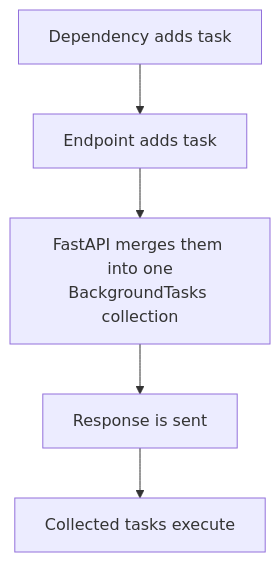
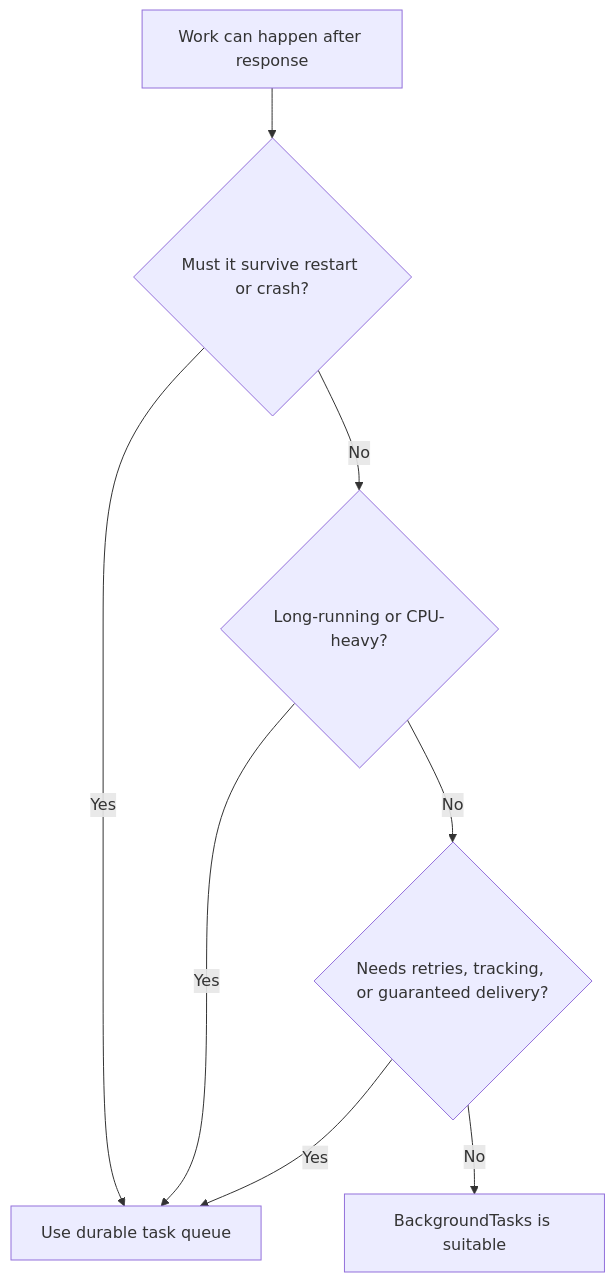
One commit to AvadhBhalodiya/Interview-Preparation changed the third of 4 diagrams in src/content/fastapi/background-tasks.md. Above: the diagram before and after it, drawn with Mermaid. The commit also changed other lines of this file and 80 other files, not shown here.

````diff
--- a/src/content/fastapi/background-tasks.md
+++ b/src/content/fastapi/background-tasks.md
@@ -353,7 +295,10 @@
 ```mermaid
 flowchart TD
-    A[Dependency adds task] --> B[Endpoint adds task]
-    B --> C[FastAPI merges them into one<br/>BackgroundTasks collection]
-    C --> D[Response is sent]
-    D --> E[Collected tasks execute]
+    A[Work can happen after response] --> B{Must it survive restart or crash?}
+    B -- Yes --> Q[Use durable task queue]
+    B -- No --> C{Long-running or CPU-heavy?}
+    C -- Yes --> Q
+    C -- No --> D{Needs retries, tracking, or guaranteed delivery?}
+    D -- Yes --> Q
+    D -- No --> F[BackgroundTasks is suitable]
 ```
````
